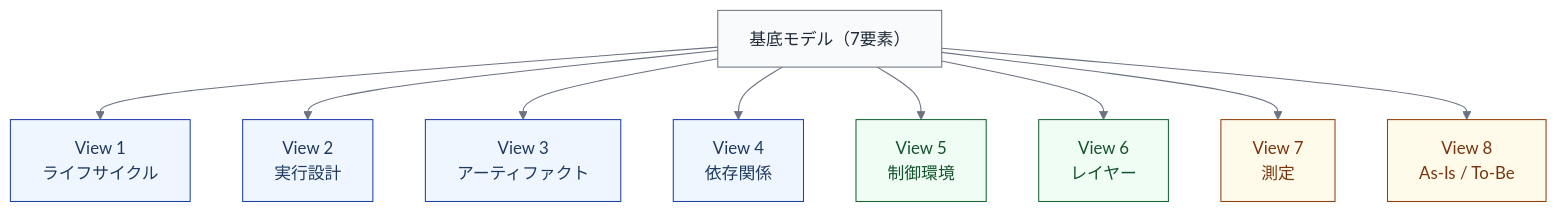
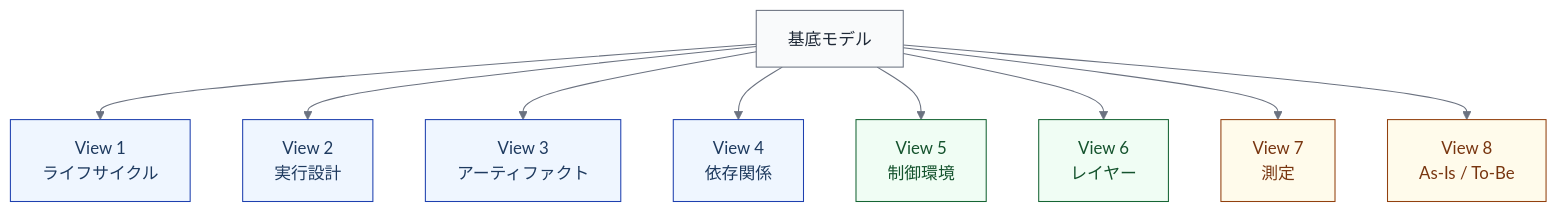
Before and after one commit to fujiya228/ai-native-se-model-docs: the diagram in src/content/docs/views/why-multiple-views.mdx, drawn with Mermaid. The commit also changed other lines of this file and 27 other files, not shown here.

First line of the commit message:
docs: writing-tipsに従って個数表現・用語・比較図の左右順序などを修正

````diff
--- a/src/content/docs/views/why-multiple-views.mdx
+++ b/src/content/docs/views/why-multiple-views.mdx
@@ -44,29 +44,29 @@
 ```mermaid
 %%{init: {'theme': 'base', 'themeVariables': {'lineColor': '#6b7280', 'edgeLabelBackground': '#ffffff'}}}%%
 graph TB
-    BASE["基底モデル（7要素）"]:::neutral
+    BASE["基底モデル"]:::neutral
 
     V1["View 1<br/>ライフサイクル"]:::tobe
     V2["View 2<br/>実行設計"]:::tobe
     V3["View 3<br/>アーティファクト"]:::tobe
     V4["View 4<br/>依存関係"]:::tobe
     V5["View 5<br/>制御環境"]:::control
     V6["View 6<br/>レイヤー"]:::control
     V7["View 7<br/>測定"]:::warn
     V8["View 8<br/>As-Is / To-Be"]:::warn
 
     BASE --> V1
     BASE --> V2
     BASE --> V3
     BASE --> V4
     BASE --> V5
     BASE --> V6
     BASE --> V7
     BASE --> V8
 
     style BASE fill:#f9fafb,stroke:#6b7280,color:#1f2937
     classDef tobe fill:#eff6ff,stroke:#1e40af,color:#1e3a5f
     classDef control fill:#f0fdf4,stroke:#166534,color:#14532d
     classDef warn fill:#fffbeb,stroke:#92400e,color:#78350f
     classDef neutral fill:#f9fafb,stroke:#6b7280,color:#1f2937
 ```
````
